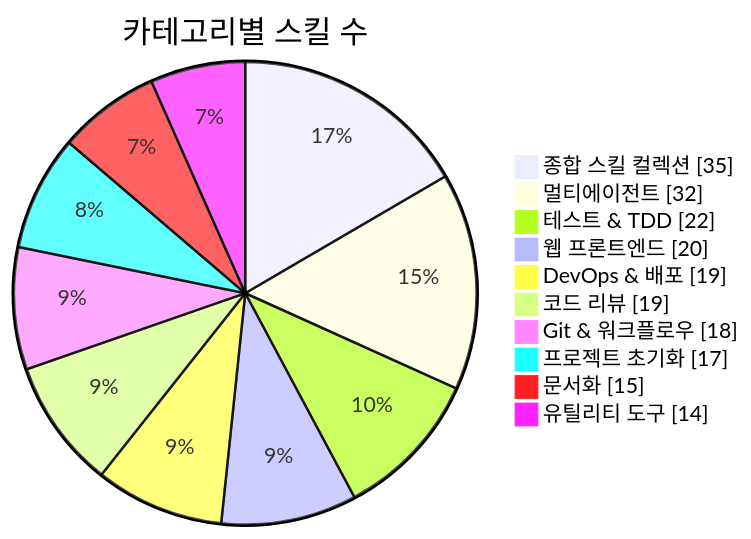
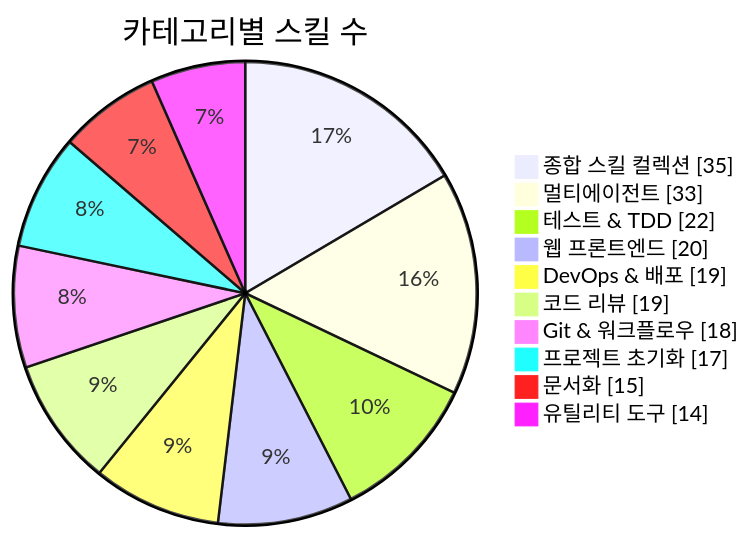
The first of 3 diagrams in README.md (J-nowcow/awesome-korean-agent-skills), drawn with Mermaid before and after one commit. The commit also changed other lines of this file and 4 other files, not shown here.

````diff
--- a/README.md
+++ b/README.md
@@ -176,14 +176,14 @@
 ```mermaid
 pie showData
     title 카테고리별 스킬 수
     "종합 스킬 컬렉션" : 35
-    "멀티에이전트" : 32
+    "멀티에이전트" : 33
     "테스트 & TDD" : 22
     "웹 프론트엔드" : 20
     "DevOps & 배포" : 19
     "코드 리뷰" : 19
     "Git & 워크플로우" : 18
     "프로젝트 초기화" : 17
     "문서화" : 15
     "유틸리티 도구" : 14
 ```
````
